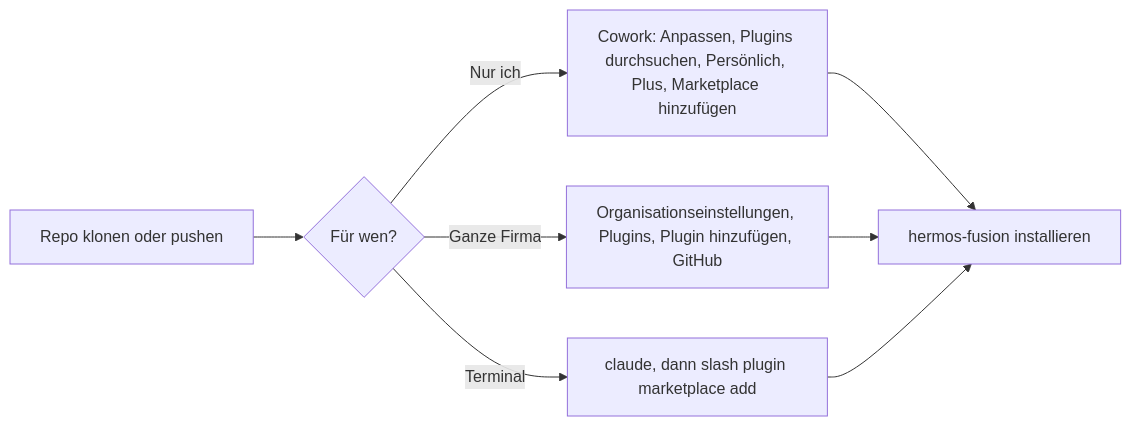
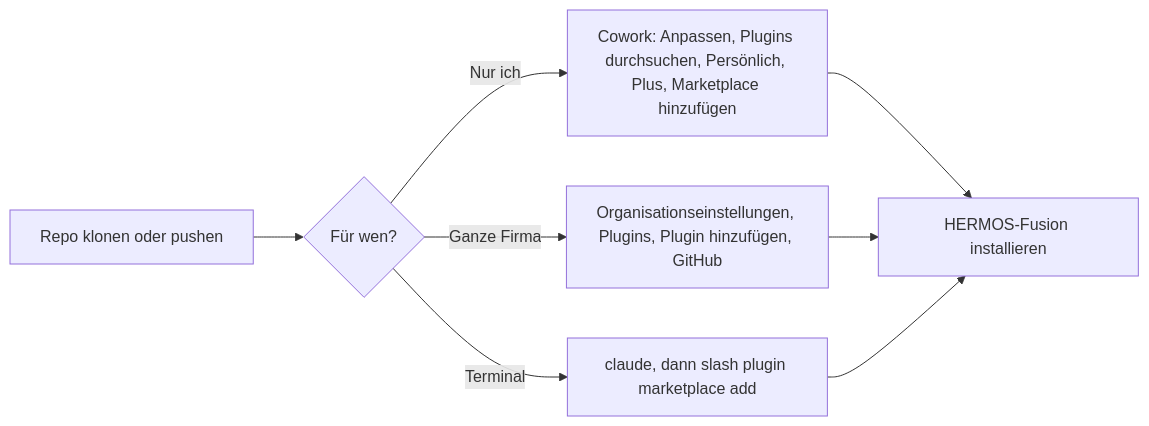
One commit to Hermos-AG/hermos-ai-marketplace changed the third of 4 diagrams in README_de.md. Above: the diagram before and after it, drawn with Mermaid. The commit also changed other lines of this file and 12 other files, not shown here.

Commit message:
feat(catalog): HERMOS durchgehend gross, Fusion-Plugin heisst HERMOS-Fusion (1.6.1) (#7)

````diff
--- a/README_de.md
+++ b/README_de.md
@@ -172,10 +172,10 @@
 ```mermaid
 flowchart LR
     A["Repo klonen oder pushen"] --> B{"Für wen?"}
     B -->|"Nur ich"| C["Cowork: Anpassen, Plugins durchsuchen, Persönlich, Plus, Marketplace hinzufügen"]
     B -->|"Ganze Firma"| D["Organisationseinstellungen, Plugins, Plugin hinzufügen, GitHub"]
     B -->|"Terminal"| E["claude, dann slash plugin marketplace add"]
-    C --> F["hermos-fusion installieren"]
+    C --> F["HERMOS-Fusion installieren"]
     D --> F
     E --> F
 ```
````
